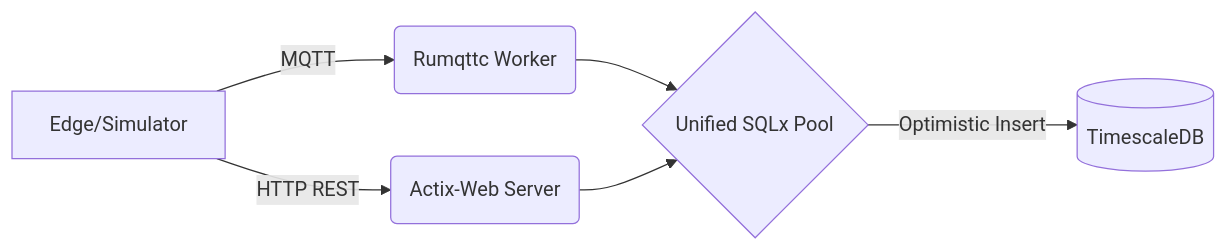
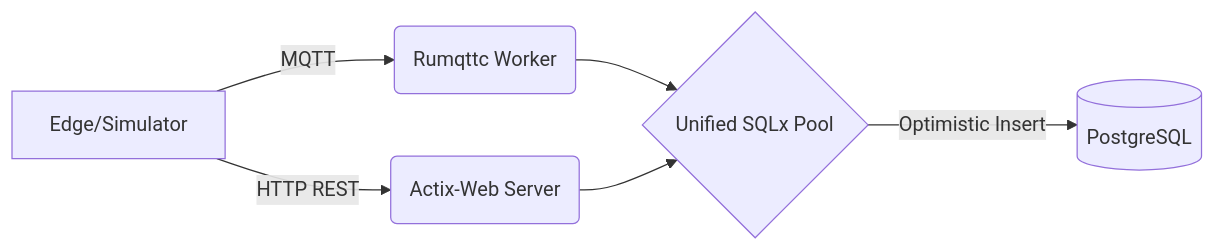
One commit to arleujr/agrisentry-iot-gateway changed the diagram in readme.md. Above: the diagram before and after it, drawn with Mermaid. The commit also changed other lines of this file, not shown here.

````diff
--- a/readme.md
+++ b/readme.md
@@ -15,8 +14,8 @@
 ```mermaid
 graph LR
     A[Edge/Simulator] -->|MQTT| B(Rumqttc Worker)
     A -->|HTTP REST| C(Actix-Web Server)
     B --> D{Unified SQLx Pool}
     C --> D
-    D -->|Optimistic Insert| E[(TimescaleDB)]
+    D -->|Optimistic Insert| E[(PostgreSQL)]
 ```
````
